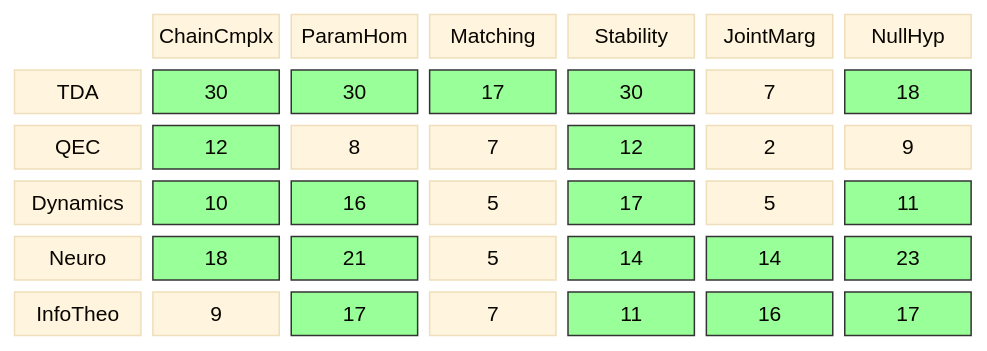
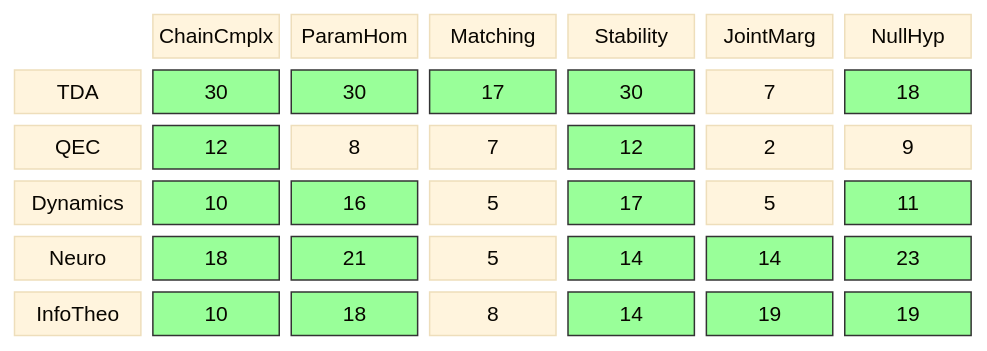
Before and after one commit to musicofhel/topoyolo: the diagram in diagrams/coverage-matrix.md, drawn with Mermaid. The commit also changed other lines of this file and 12 other files, not shown here.

````diff
--- a/diagrams/coverage-matrix.md
+++ b/diagrams/coverage-matrix.md
@@ -21,33 +21,34 @@
 ```mermaid
 %%{init: {'theme': 'base', 'themeVariables': {'fontSize': '14px'}}}%%
 block-beta
   columns 7
 
   space:1 CC["ChainCmplx"] PH["ParamHom"] MA["Matching"] ST["Stability"] JM["JointMarg"] NH["NullHyp"]
 
   TDA["TDA"] TDA_CC["30"] TDA_PH["30"] TDA_MA["17"] TDA_ST["30"] TDA_JM["7"] TDA_NH["18"]
   QEC["QEC"] QEC_CC["12"] QEC_PH["8"] QEC_MA["7"] QEC_ST["12"] QEC_JM["2"] QEC_NH["9"]
   DYN["Dynamics"] DYN_CC["10"] DYN_PH["16"] DYN_MA["5"] DYN_ST["17"] DYN_JM["5"] DYN_NH["11"]
   NEU["Neuro"] NEU_CC["18"] NEU_PH["21"] NEU_MA["5"] NEU_ST["14"] NEU_JM["14"] NEU_NH["23"]
-  IT["InfoTheo"] IT_CC["9"] IT_PH["17"] IT_MA["7"] IT_ST["11"] IT_JM["16"] IT_NH["17"]
+  IT["InfoTheo"] IT_CC["10"] IT_PH["18"] IT_MA["8"] IT_ST["14"] IT_JM["19"] IT_NH["19"]
   style TDA_CC fill:#9f9,stroke:#333
   style TDA_PH fill:#9f9,stroke:#333
   style TDA_MA fill:#9f9,stroke:#333
   style TDA_ST fill:#9f9,stroke:#333
   style TDA_NH fill:#9f9,stroke:#333
   style QEC_CC fill:#9f9,stroke:#333
   style QEC_ST fill:#9f9,stroke:#333
   style DYN_CC fill:#9f9,stroke:#333
   style DYN_PH fill:#9f9,stroke:#333
   style DYN_ST fill:#9f9,stroke:#333
   style DYN_NH fill:#9f9,stroke:#333
   style NEU_CC fill:#9f9,stroke:#333
   style NEU_PH fill:#9f9,stroke:#333
   style NEU_ST fill:#9f9,stroke:#333
   style NEU_JM fill:#9f9,stroke:#333
   style NEU_NH fill:#9f9,stroke:#333
+  style IT_CC fill:#9f9,stroke:#333
   style IT_PH fill:#9f9,stroke:#333
   style IT_ST fill:#9f9,stroke:#333
   style IT_JM fill:#9f9,stroke:#333
   style IT_NH fill:#9f9,stroke:#333
 ```
````
